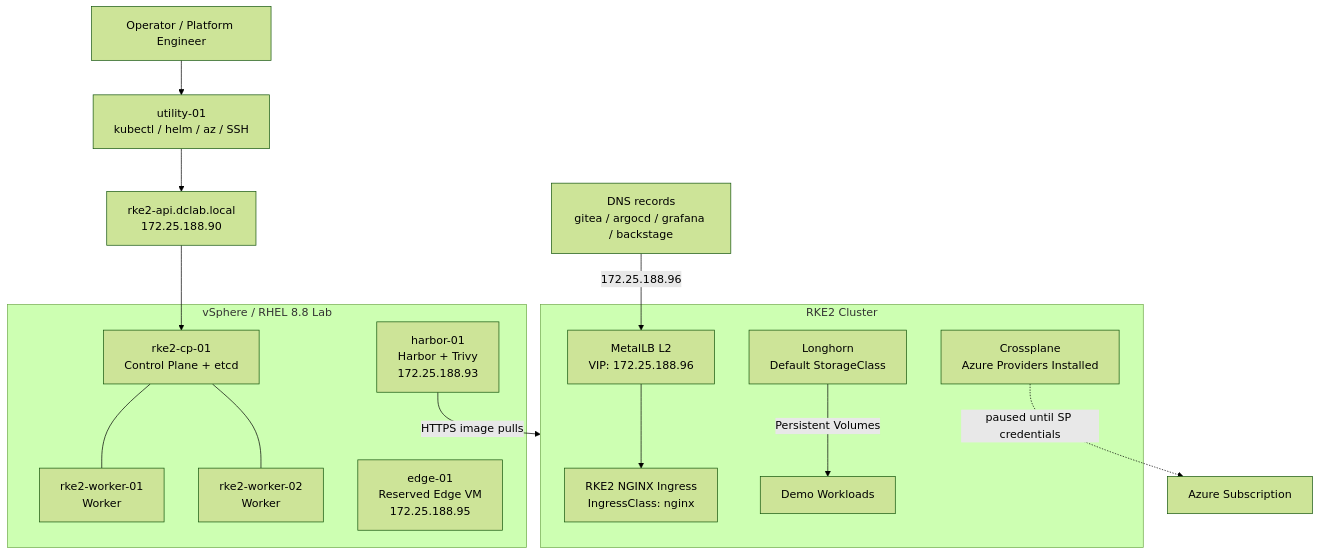
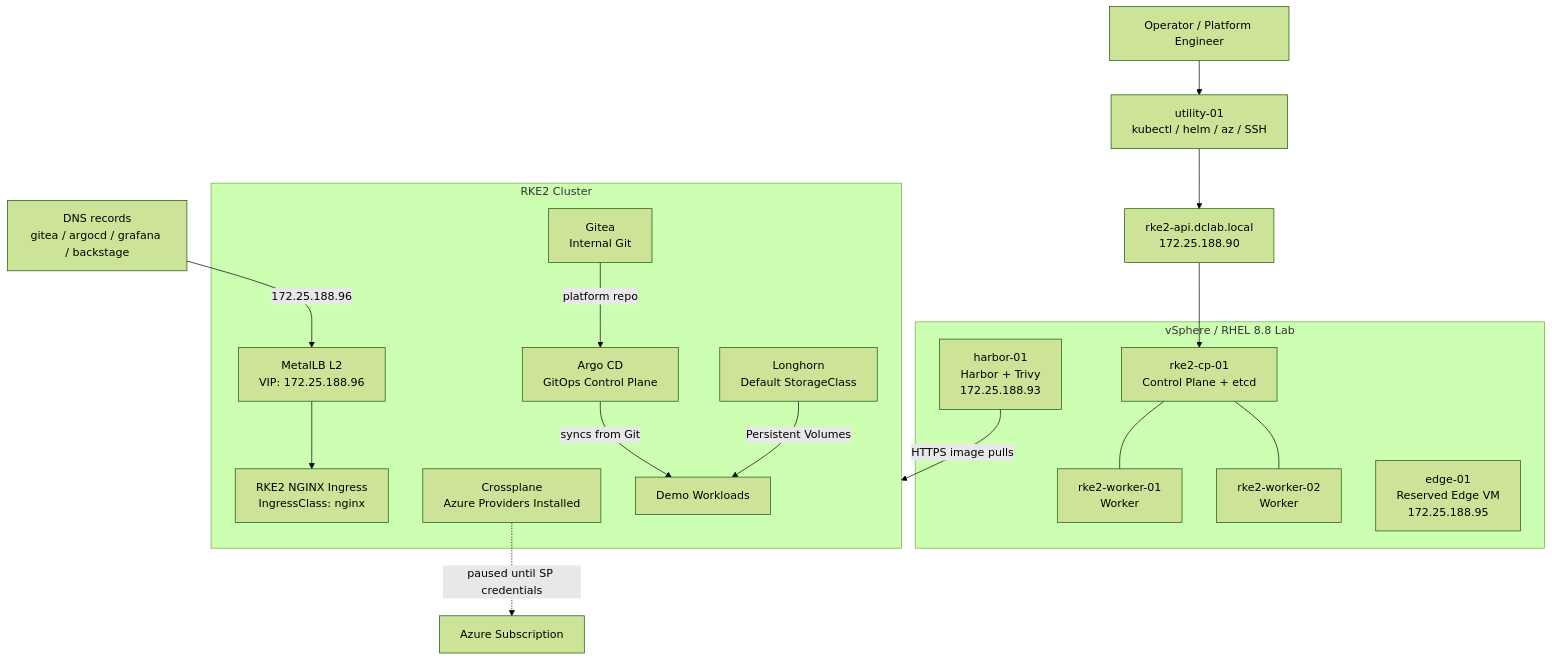
One commit to Achi-456/vmware-azure-hybrid-idp changed the diagram in README.md. Above: the diagram before and after it, drawn with Mermaid (forest theme). The commit also changed other lines of this file and 4 other files, not shown here.

````diff
--- a/README.md
+++ b/README.md
@@ -15,32 +15,36 @@
 ```mermaid
 flowchart TB
   User[Operator / Platform Engineer] --> Utility[utility-01<br/>kubectl / helm / az / SSH]
   Utility --> API[rke2-api.dclab.local<br/>172.25.188.90]
 
   subgraph VMware[vSphere / RHEL 8.8 Lab]
     CP[rke2-cp-01<br/>Control Plane + etcd]
     W1[rke2-worker-01<br/>Worker]
     W2[rke2-worker-02<br/>Worker]
     Harbor[harbor-01<br/>Harbor + Trivy<br/>172.25.188.93]
     Edge[edge-01<br/>Reserved Edge VM<br/>172.25.188.95]
   end
 
   API --> CP
   CP --- W1
   CP --- W2
 
   subgraph K8s[RKE2 Cluster]
     Ingress[RKE2 NGINX Ingress<br/>IngressClass: nginx]
     MetalLB[MetalLB L2<br/>VIP: 172.25.188.96]
     Longhorn[Longhorn<br/>Default StorageClass]
+    Gitea[Gitea<br/>Internal Git]
+    ArgoCD[Argo CD<br/>GitOps Control Plane]
     Crossplane[Crossplane<br/>Azure Providers Installed]
     Demo[Demo Workloads]
   end
 
   Harbor -->|HTTPS image pulls| K8s
+  Gitea -->|platform repo| ArgoCD
+  ArgoCD -->|syncs from Git| Demo
   Longhorn -->|Persistent Volumes| Demo
   MetalLB --> Ingress
   DNS[DNS records<br/>gitea / argocd / grafana / backstage] -->|172.25.188.96| MetalLB
 
   Crossplane -. paused until SP credentials .-> Azure[Azure Subscription]
 ```
````
